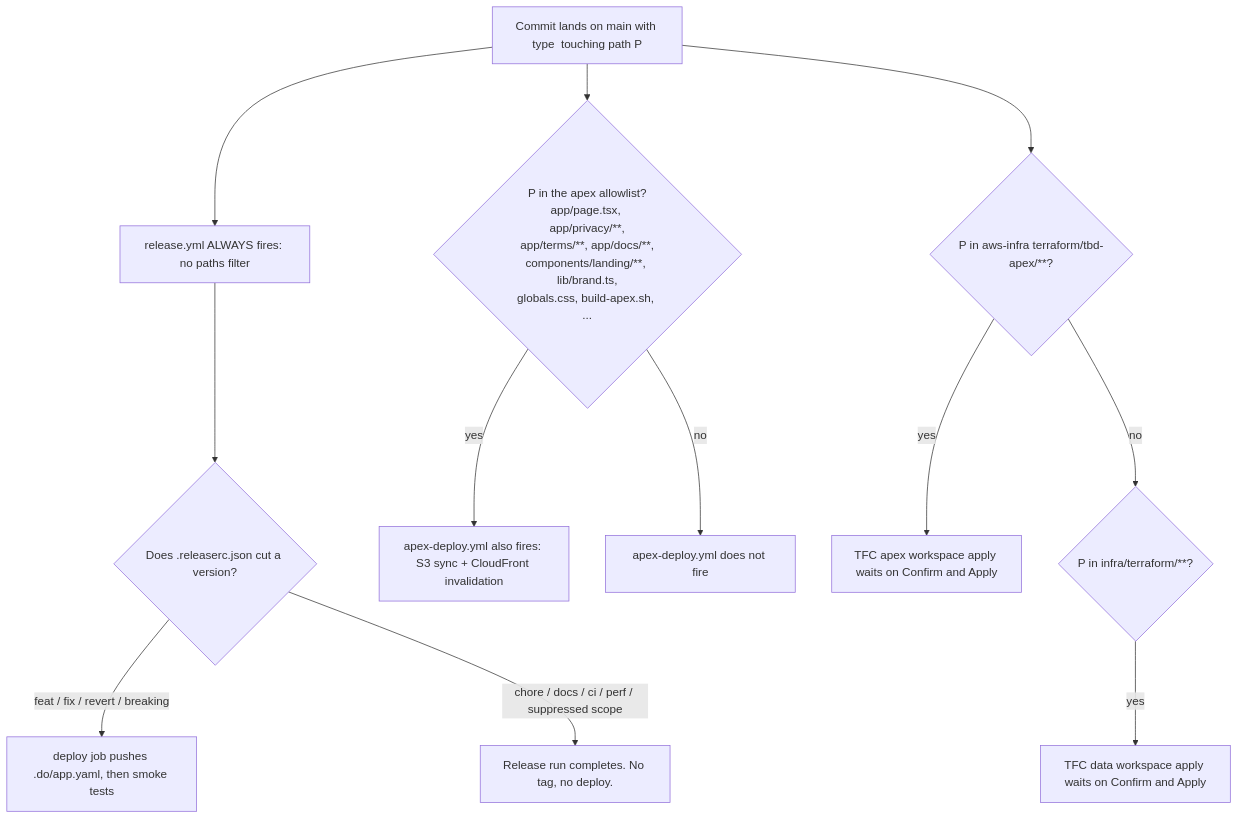
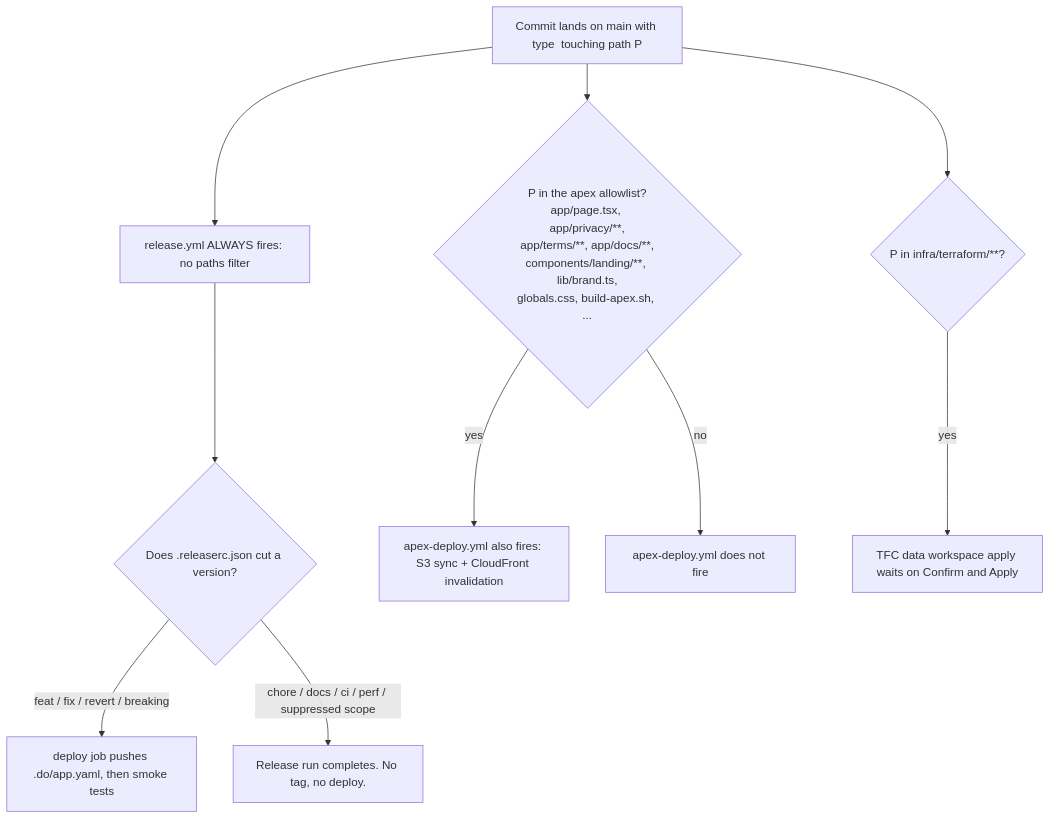
One commit to fjcloudaiconsulting/tbd changed the eighth of 8 diagrams in docs/operations/DEPLOYMENT.md. Above: the diagram before and after it, drawn with Mermaid. The commit also changed other lines of this file and 4 other files, not shown here.

First line of the commit message:
docs(infra): fold review findings for aws-infra move (INFRA-18)

````diff
--- a/docs/operations/DEPLOYMENT.md
+++ b/docs/operations/DEPLOYMENT.md
@@ -767,17 +767,15 @@
 ```mermaid
 flowchart TD
   start[Commit lands on main with type <type> touching path P]
   start --> rel[release.yml ALWAYS fires: no paths filter]
   rel --> semrel{Does .releaserc.json cut a version?}
   semrel -- "feat / fix / revert / breaking" --> deploy[deploy job pushes .do/app.yaml, then smoke tests]
   semrel -- "chore / docs / ci / perf / suppressed scope" --> noship[Release run completes. No tag, no deploy.]
 
   start --> apexq{P in the apex allowlist?<br/>app/page.tsx, app/privacy/**,<br/>app/terms/**, app/docs/**,<br/>components/landing/**, lib/brand.ts,<br/>globals.css, build-apex.sh, ...}
   apexq -- yes --> apex[apex-deploy.yml also fires: S3 sync + CloudFront invalidation]
   apexq -- no --> apexno[apex-deploy.yml does not fire]
 
-  start --> tf1{P in aws-infra terraform/tbd-apex/**?}
-  tf1 -- yes --> tfapex[TFC apex workspace apply waits on Confirm and Apply]
-  tf1 -- no --> tf2{P in infra/terraform/**?}
+  start --> tf2{P in infra/terraform/**?}
   tf2 -- yes --> tfpfv[TFC data workspace apply waits on Confirm and Apply]
 ```
````
